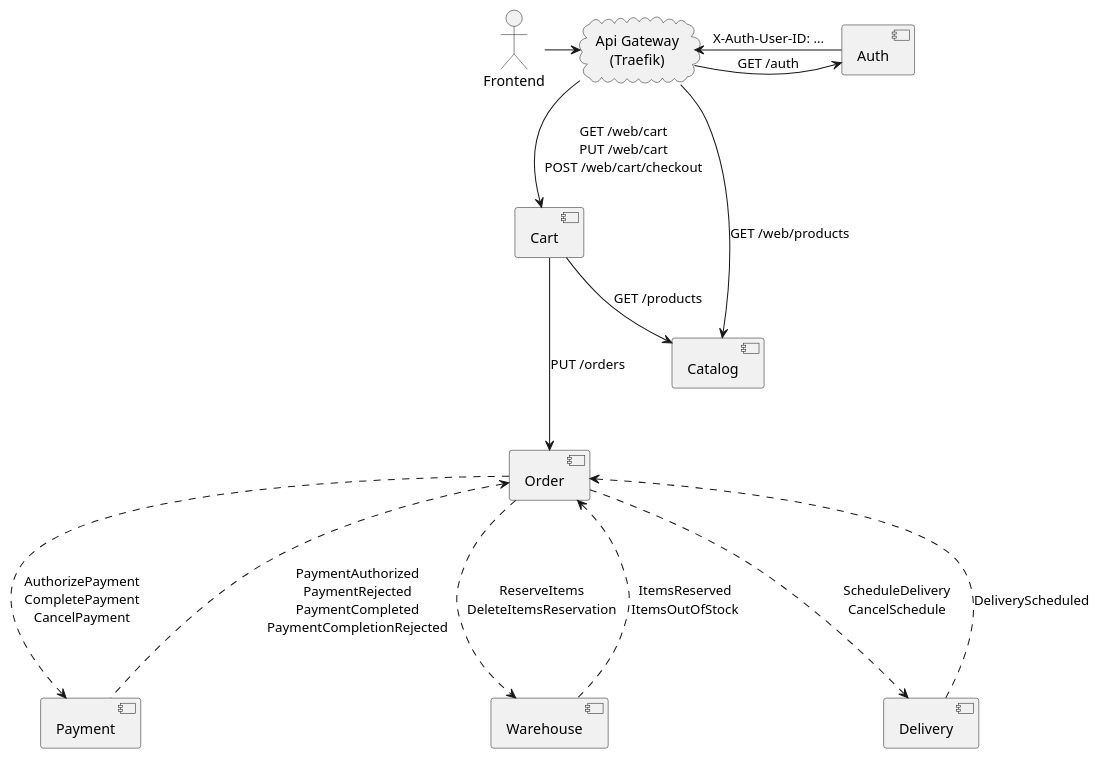
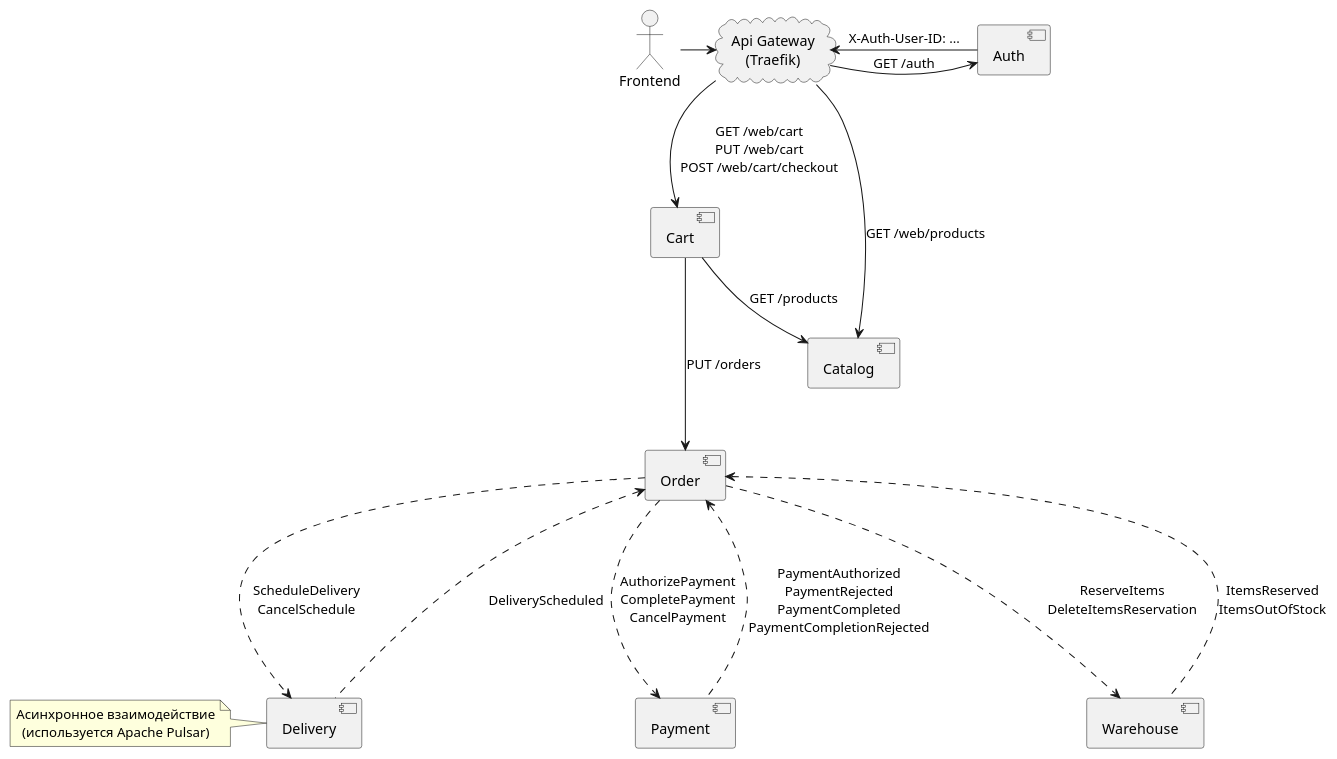
Before and after one commit to klwxsrx/arch-course-project: the diagram in docs/services.puml, drawn with PlantUML. The commit also changed 31 other files, not shown here.

```diff
--- a/docs/services.puml
+++ b/docs/services.puml
@@ -1,52 +1,54 @@
 @startuml
 skinparam defaultTextAlignment center
 
 actor User [
     Frontend
 ]
 
 cloud APIGateway [
     Api Gateway
     (Traefik)
 ]
 
 component Auth
 
 component Cart
 
 component Order
 
 component Catalog
 
 component Payment
 
 component Warehouse
 
 component Delivery
 
 User -right-> APIGateway
 
 APIGateway -right-> Auth: GET /auth
 APIGateway <-right- Auth: X-Auth-User-ID: ...
 
 APIGateway --> Catalog: GET /web/products
 
 APIGateway --> Cart: GET /web/cart\nPUT /web/cart\nPOST /web/cart/checkout
 
 Cart --> Catalog: GET /products
 
 Cart ---> Order: PUT /orders
 
+note left: Асинхронное взаимодействие\n(используется Apache Pulsar)
+
 Order ...> Payment: AuthorizePayment\nCompletePayment\nCancelPayment
 
 Order <... Payment: PaymentAuthorized\nPaymentRejected\nPaymentCompleted\nPaymentCompletionRejected
 
 Order ...> Warehouse: ReserveItems\nDeleteItemsReservation
 
 Order <... Warehouse: ItemsReserved\nItemsOutOfStock
 
 Order ...> Delivery: ScheduleDelivery\nCancelSchedule
 
 Order <... Delivery: DeliveryScheduled
 
 @enduml
```
